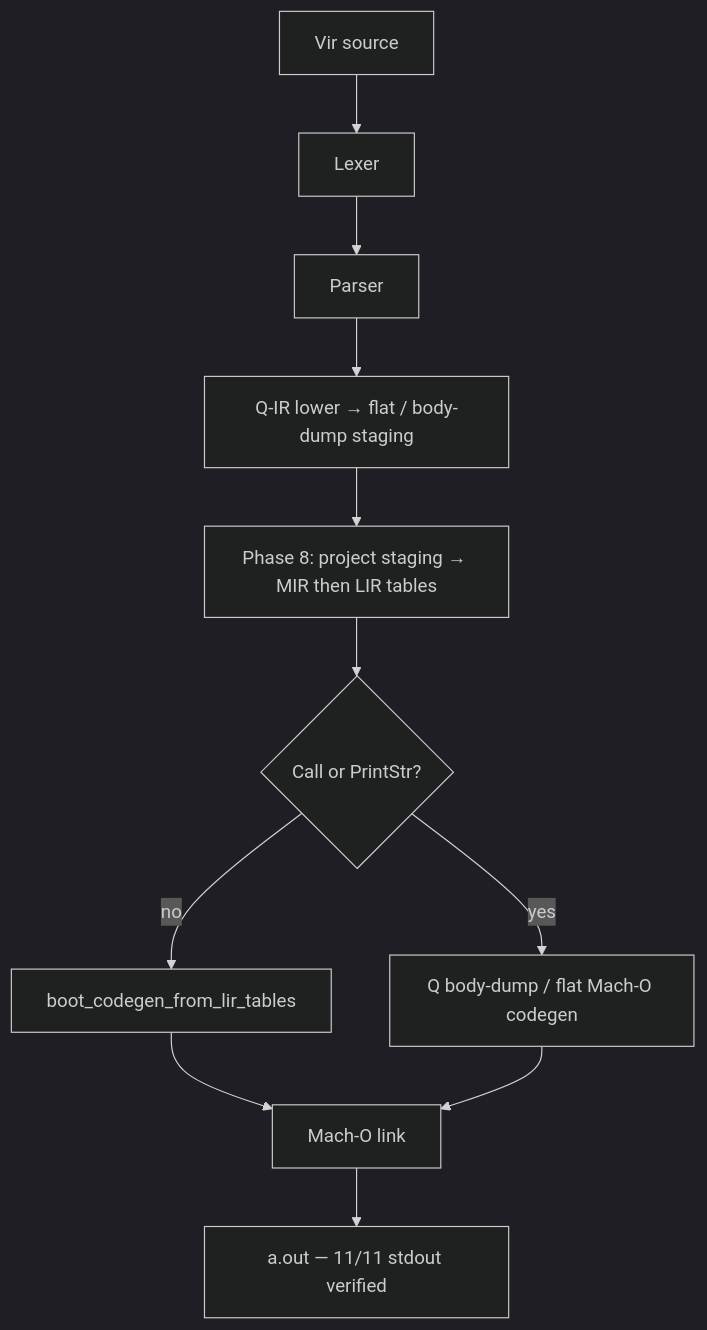
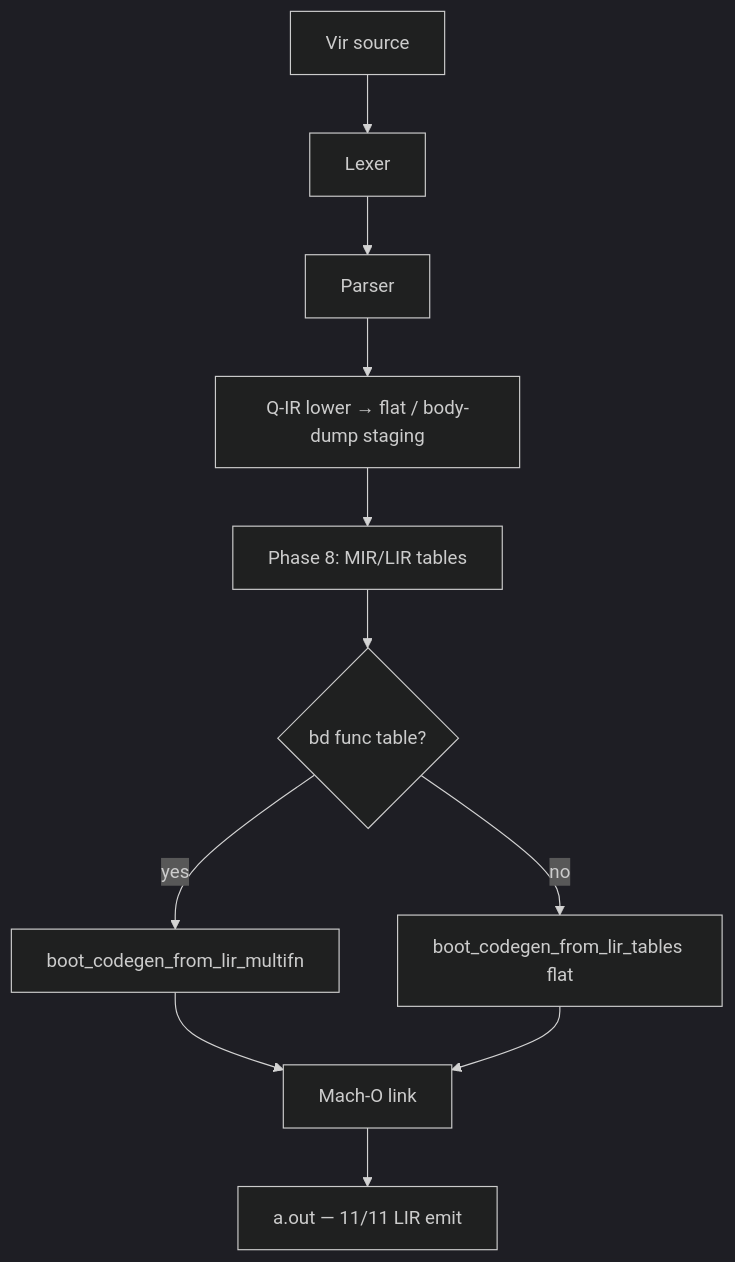
Before and after one commit to virgori/Vir-lang: the diagram in MUST_READ_CONTEXT/CURRENT_STATUS_2026_07_25.md, drawn with Mermaid (dark theme). The commit also changed other lines of this file and 1 other file, not shown here.

First line of the commit message:
feat(bootstrap): LIR multifn emit for Call/SetArg/PrintStr

````diff
--- a/MUST_READ_CONTEXT/CURRENT_STATUS_2026_07_25.md
+++ b/MUST_READ_CONTEXT/CURRENT_STATUS_2026_07_25.md
@@ -10,13 +10,13 @@
 ```mermaid
 graph TD
     SRC[Vir source] --> LEX[Lexer]
     LEX --> PAR[Parser]
     PAR --> QIR[Q-IR lower → flat / body-dump staging]
-    QIR --> P8[Phase 8: project staging → MIR then LIR tables]
-    P8 --> CHOICE{Call or PrintStr?}
-    CHOICE -->|no| LIRCG[boot_codegen_from_lir_tables]
-    CHOICE -->|yes| QCG[Q body-dump / flat Mach-O codegen]
-    LIRCG --> LINK[Mach-O link]
-    QCG --> LINK
-    LINK --> BIN[a.out — 11/11 stdout verified]
+    QIR --> P8[Phase 8: MIR/LIR tables]
+    P8 --> CHOICE{bd func table?}
+    CHOICE -->|yes| MF[boot_codegen_from_lir_multifn]
+    CHOICE -->|no| FLAT[boot_codegen_from_lir_tables flat]
+    MF --> LINK[Mach-O link]
+    FLAT --> LINK
+    LINK --> BIN[a.out — 11/11 LIR emit]
 ```
````
